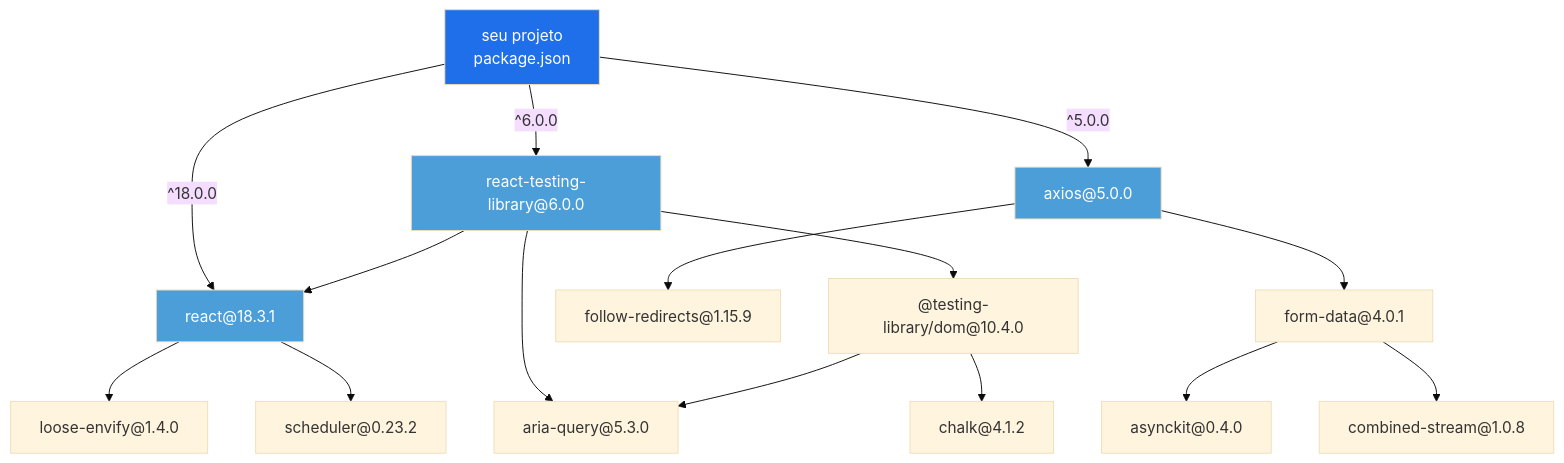
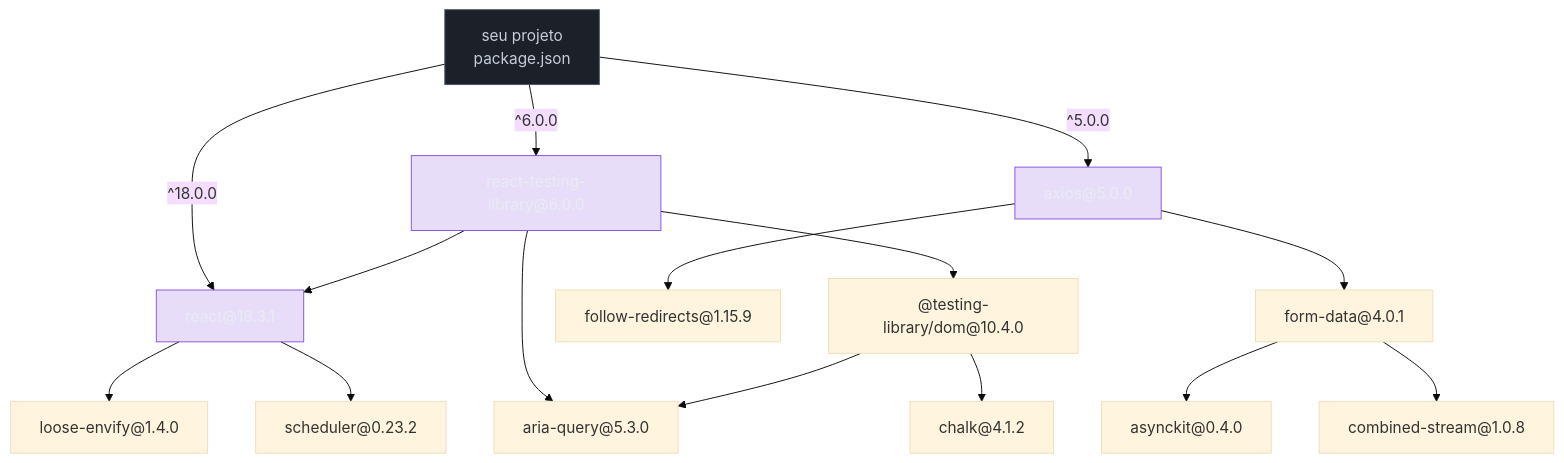
The second of 6 diagrams in 03-Dominios/Tecnologia/Tooling e Build/05 - Semver e o grafo de dependências.md (josenaldo/codex-technomanticus), drawn with Mermaid (base theme) before and after one commit. The commit also changed other lines of this file and 1181 other files, not shown here.

First line of the commit message:
fix(diagramas): paleta do sistema no lugar de cor cravada no markdown

````diff
--- a/03-Dominios/Tecnologia/Tooling e Build/05 - Semver e o grafo de dependências.md
+++ b/03-Dominios/Tecnologia/Tooling e Build/05 - Semver e o grafo de dependências.md
@@ -149,25 +149,27 @@
 ```mermaid
 graph TD
+    classDef neutro fill:#1B2029,stroke:#4E5666,color:#C6CCD8
+    classDef marca fill:#8855DF33,stroke:#8855DF,color:#E9ECF2
     ROOT["seu projeto\npackage.json"]
 
     ROOT -->|"^18.0.0"| REACT["react@18.3.1"]
     ROOT -->|"^6.0.0"| RTL["react-testing-library@6.0.0"]
     ROOT -->|"^5.0.0"| AXIOS["axios@5.0.0"]
 
     REACT --> LOOSE_ENVIFY["loose-envify@1.4.0"]
     REACT --> SCHEDULER["scheduler@0.23.2"]
     RTL --> REACT
     RTL --> DOM_TESTING["@testing-library/dom@10.4.0"]
     RTL --> ARIA_QUERY["aria-query@5.3.0"]
     DOM_TESTING --> ARIA_QUERY
     DOM_TESTING --> CHALK["chalk@4.1.2"]
     AXIOS --> FOLLOW_REDIRECTS["follow-redirects@1.15.9"]
     AXIOS --> FORM_DATA["form-data@4.0.1"]
     FORM_DATA --> ASYNCKIT["asynckit@0.4.0"]
     FORM_DATA --> COMBINED_STREAM["combined-stream@1.0.8"]
 
-    style ROOT fill:#1f6feb,color:#fff
-    style REACT fill:#4c9ed9,color:#fff
-    style RTL fill:#4c9ed9,color:#fff
-    style AXIOS fill:#4c9ed9,color:#fff
+    class ROOT neutro
+    class REACT marca
+    class RTL marca
+    class AXIOS marca
 ```
````
